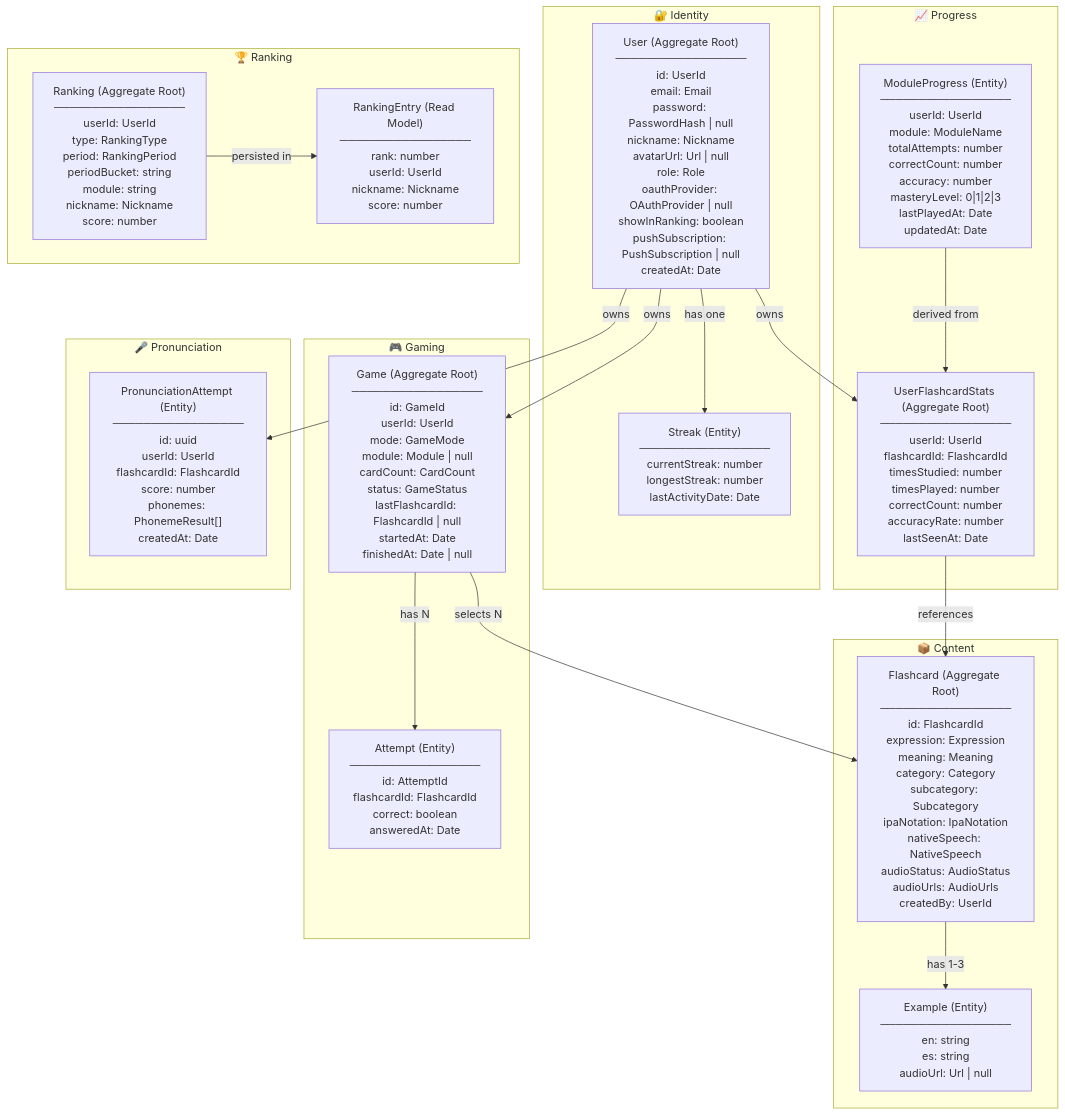
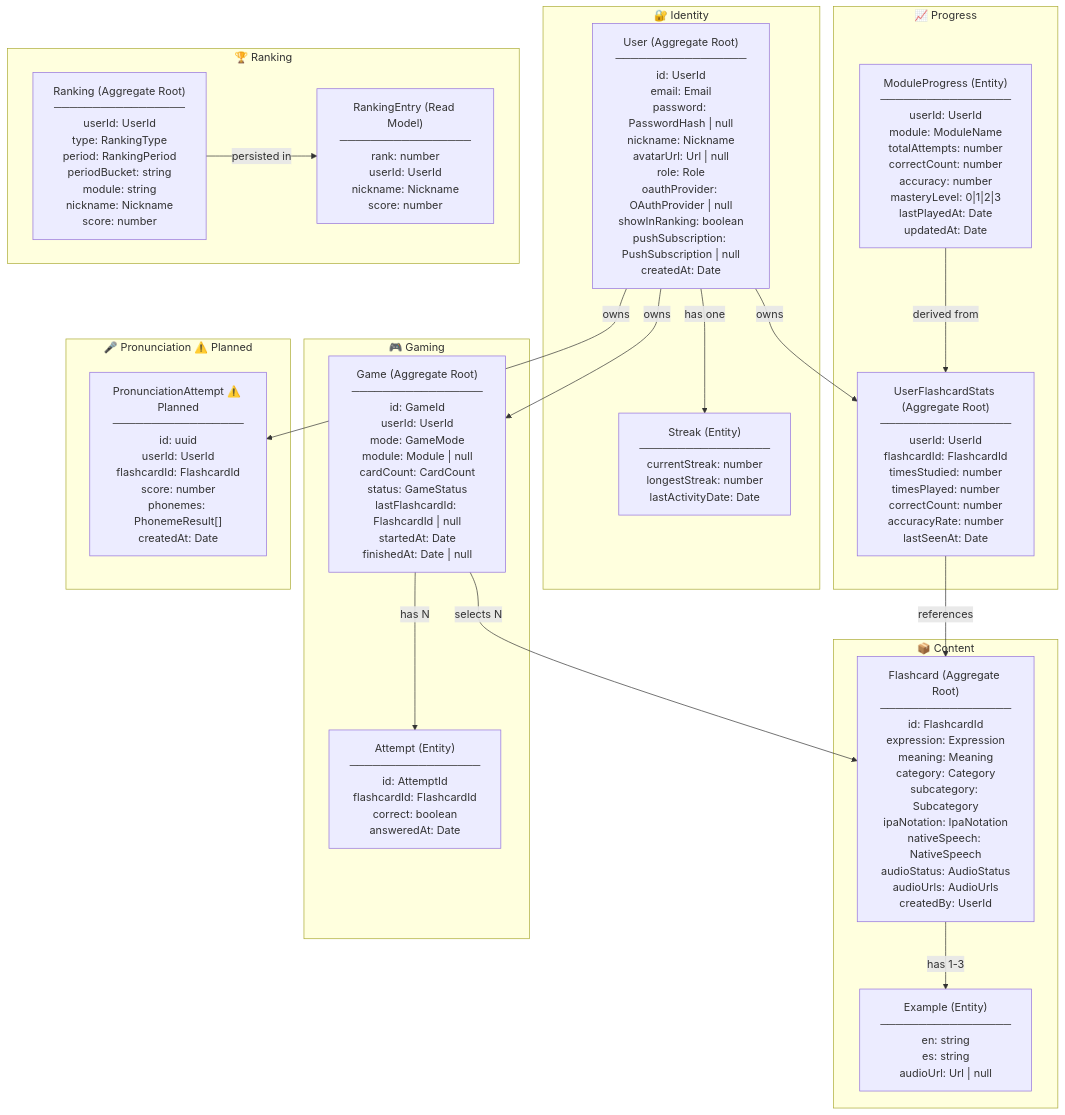
The diagram in docs/domain/domain-model.md (AbrahamVilchesDeLaCruz/ididntcatchthat), drawn with Mermaid before and after one commit. The commit also changed other lines of this file and 18 other files, not shown here.

````diff
--- a/docs/domain/domain-model.md
+++ b/docs/domain/domain-model.md
@@ -9,42 +9,42 @@
 ```mermaid
 graph TB
     subgraph Identity ["🔐 Identity"]
         User["User (Aggregate Root)\n─────────────────\nid: UserId\nemail: Email\npassword: PasswordHash | null\nnickname: Nickname\navatarUrl: Url | null\nrole: Role\noauthProvider: OAuthProvider | null\nshowInRanking: boolean\npushSubscription: PushSubscription | null\ncreatedAt: Date"]
         Streak["Streak (Entity)\n─────────────────\ncurrentStreak: number\nlongestStreak: number\nlastActivityDate: Date"]
         User -->|has one| Streak
     end
 
     subgraph Content ["📦 Content"]
         Flashcard["Flashcard (Aggregate Root)\n─────────────────\nid: FlashcardId\nexpression: Expression\nmeaning: Meaning\ncategory: Category\nsubcategory: Subcategory\nipaNotation: IpaNotation\nnativeSpeech: NativeSpeech\naudioStatus: AudioStatus\naudioUrls: AudioUrls\ncreatedBy: UserId"]
         Example["Example (Entity)\n─────────────────\nen: string\nes: string\naudioUrl: Url | null"]
         Flashcard -->|has 1-3| Example
     end
 
     subgraph Gaming ["🎮 Gaming"]
         Game["Game (Aggregate Root)\n─────────────────\nid: GameId\nuserId: UserId\nmode: GameMode\nmodule: Module | null\ncardCount: CardCount\nstatus: GameStatus\nlastFlashcardId: FlashcardId | null\nstartedAt: Date\nfinishedAt: Date | null"]
         Attempt["Attempt (Entity)\n─────────────────\nid: AttemptId\nflashcardId: FlashcardId\ncorrect: boolean\nansweredAt: Date"]
         Game -->|has N| Attempt
         Game -->|selects N| Flashcard
     end
 
     subgraph Progress ["📈 Progress"]
         UserFlashcardStats["UserFlashcardStats (Aggregate Root)\n─────────────────\nuserId: UserId\nflashcardId: FlashcardId\ntimesStudied: number\ntimesPlayed: number\ncorrectCount: number\naccuracyRate: number\nlastSeenAt: Date"]
         ModuleProgress["ModuleProgress (Entity)\n─────────────────\nuserId: UserId\nmodule: ModuleName\ntotalAttempts: number\ncorrectCount: number\naccuracy: number\nmasteryLevel: 0|1|2|3\nlastPlayedAt: Date\nupdatedAt: Date"]
     end
 
-    subgraph Pronunciation ["🎤 Pronunciation"]
-        PronunciationAttempt["PronunciationAttempt (Entity)\n─────────────────\nid: uuid\nuserId: UserId\nflashcardId: FlashcardId\nscore: number\nphonemes: PhonemeResult[]\ncreatedAt: Date"]
+    subgraph Pronunciation ["🎤 Pronunciation ⚠️ Planned"]
+        PronunciationAttempt["PronunciationAttempt ⚠️ Planned\n─────────────────\nid: uuid\nuserId: UserId\nflashcardId: FlashcardId\nscore: number\nphonemes: PhonemeResult[]\ncreatedAt: Date"]
     end
 
     subgraph Ranking ["🏆 Ranking"]
         RankingAgg["Ranking (Aggregate Root)\n─────────────────\nuserId: UserId\ntype: RankingType\nperiod: RankingPeriod\nperiodBucket: string\nmodule: string\nnickname: Nickname\nscore: number"]
         RankingEntry["RankingEntry (Read Model)\n─────────────────\nrank: number\nuserId: UserId\nnickname: Nickname\nscore: number"]
     end
 
     User -->|owns| Game
     User -->|owns| UserFlashcardStats
     User -->|owns| PronunciationAttempt
     UserFlashcardStats -->|references| Flashcard
     ModuleProgress -->|derived from| UserFlashcardStats
     RankingAgg -->|persisted in| RankingEntry
 ```
````
